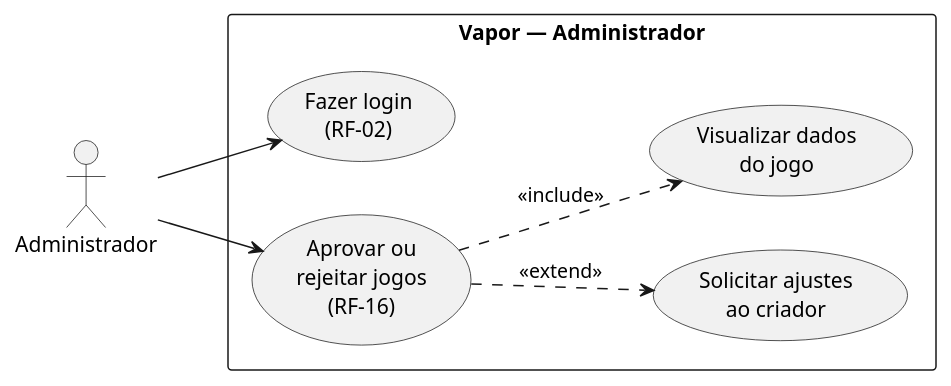
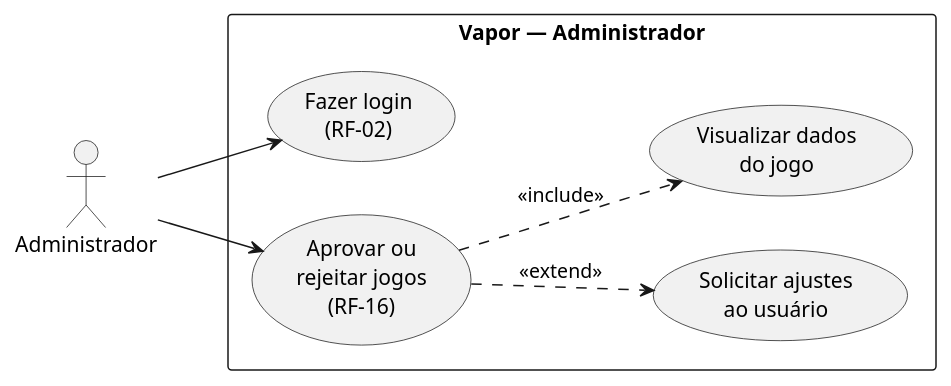
One commit to osantana/a3-ms changed the third of 14 diagrams in projeto-vapor.adoc. Above: the diagram before and after it, drawn with PlantUML. The commit also changed other lines of this file and 33 other files, not shown here.

```diff
--- a/projeto-vapor.adoc
+++ b/projeto-vapor.adoc
@@ -431,21 +411,21 @@
 [plantuml, pdfwidth=75%]
 ----
 @startuml
 left to right direction
 
 actor "Administrador" as admin
 
 rectangle "Vapor — Administrador" {
     usecase "Fazer login\n(RF-02)" as UC02
     usecase "Aprovar ou\nrejeitar jogos\n(RF-16)" as UC14
-    usecase "Solicitar ajustes\nao criador" as UC20
+    usecase "Solicitar ajustes\nao usuário" as UC20
     usecase "Visualizar dados\ndo jogo" as UC21
 }
 
 admin --> UC02
 admin --> UC14
 
 UC14 ..> UC21 : <<include>>
 UC14 ..> UC20 : <<extend>>
 @enduml
 ----
```
